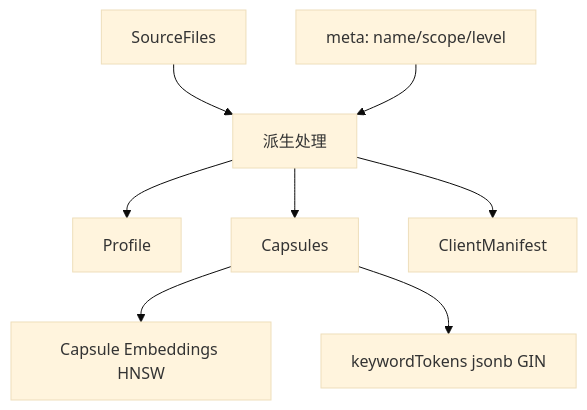
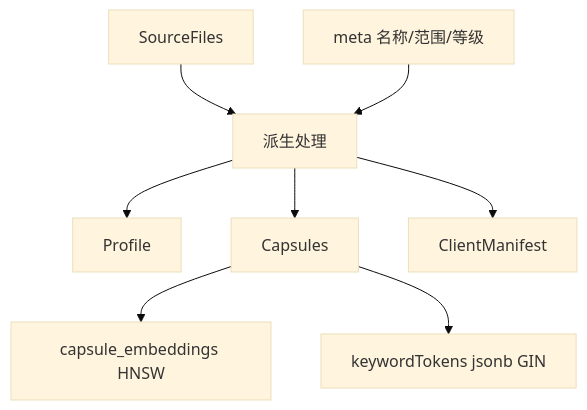
Before and after one commit to pofossette/TrapMap-for-vibing: the diagram in docs/architecture/components/ARTIFACTS.md, drawn with Mermaid (base theme). The commit also changed other lines of this file and 17 other files, not shown here.

First line of the commit message:
docs(architecture): source-anchored rewrite, single-source cuts, paper passages intact (Phase 2b)

````diff
--- a/docs/architecture/components/ARTIFACTS.md
+++ b/docs/architecture/components/ARTIFACTS.md
@@ -21,10 +17,10 @@
 ```mermaid
 flowchart TB
     SF[SourceFiles] --> P[派生处理]
-    META[meta: name/scope/level] --> P
+    META[meta 名称/范围/等级] --> P
     P --> SP[Profile]
     P --> SC[Capsules]
     P --> CM[ClientManifest]
-    SC --> CE[Capsule Embeddings HNSW]
+    SC --> CE[capsule_embeddings HNSW]
     SC --> CK[keywordTokens jsonb GIN]
 ```
````
